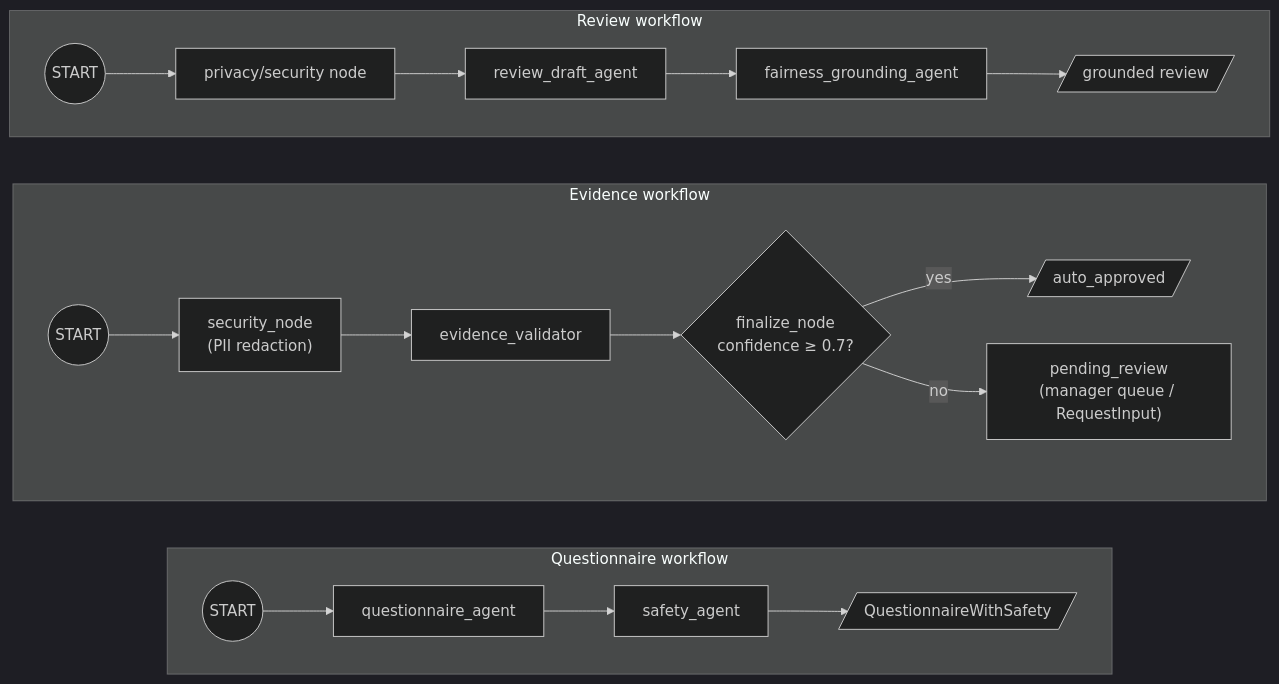
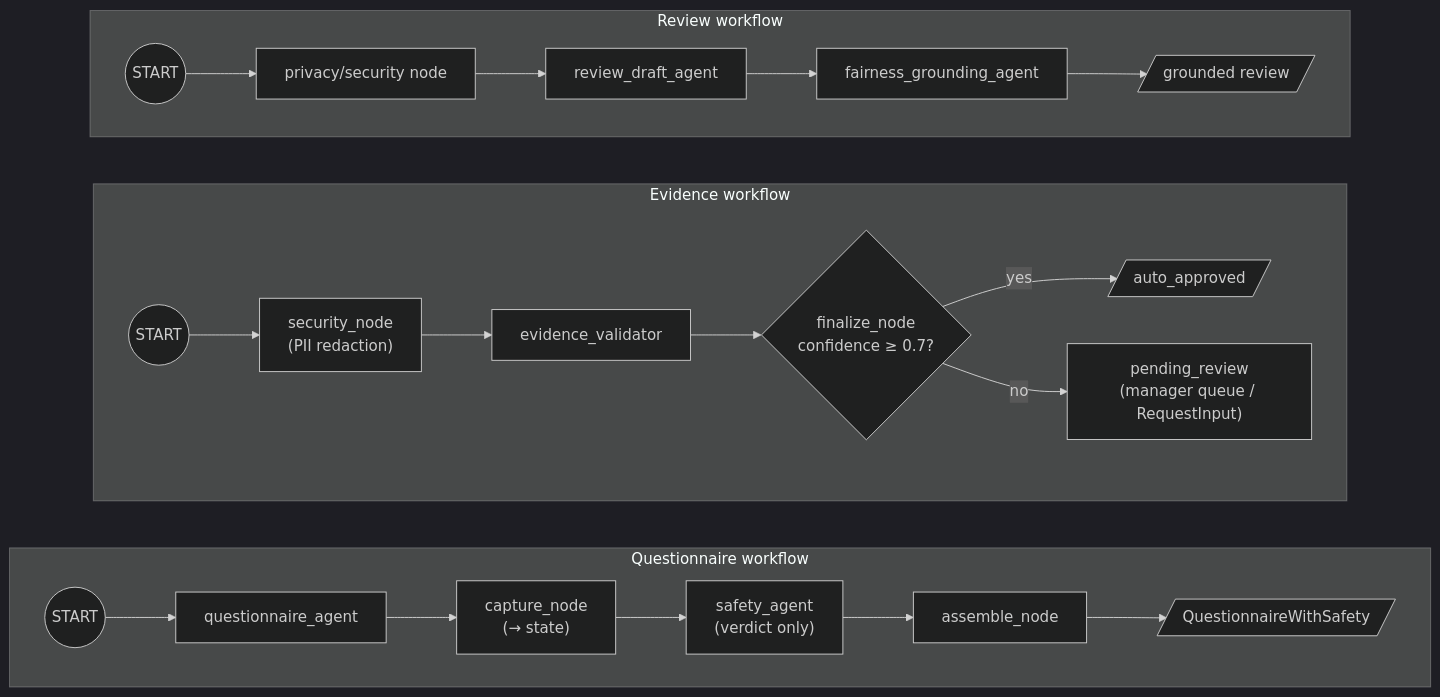
One commit to mkiselyow/ReviewOps-Agent changed the fourth of 6 diagrams in docs/ARCHITECTURE.md. Above: the diagram before and after it, drawn with Mermaid (dark theme). The commit also changed other lines of this file and 3 other files, not shown here.

````diff
--- a/docs/ARCHITECTURE.md
+++ b/docs/ARCHITECTURE.md
@@ -129,20 +129,20 @@
 ```mermaid
 flowchart LR
   subgraph QW["Questionnaire workflow"]
     direction LR
-    S1((START)) --> QA[questionnaire_agent] --> SA[safety_agent] --> QO[/QuestionnaireWithSafety/]
+    S1((START)) --> QA[questionnaire_agent] --> CN["capture_node<br/>(→ state)"] --> SA["safety_agent<br/>(verdict only)"] --> AN["assemble_node"] --> QO[/QuestionnaireWithSafety/]
   end
 
   subgraph EW["Evidence workflow"]
     direction LR
     S2((START)) --> SN["security_node<br/>(PII redaction)"] --> EV[evidence_validator]
     EV --> FN{"finalize_node<br/>confidence ≥ 0.7?"}
     FN -- yes --> AS[/auto_approved/]
     FN -- no --> PR["pending_review<br/>(manager queue / RequestInput)"]
   end
 
   subgraph RW["Review workflow"]
     direction LR
     S3((START)) --> PF["privacy/security node"] --> RD[review_draft_agent] --> FG[fairness_grounding_agent] --> RO[/grounded review/]
   end
 ```
````
